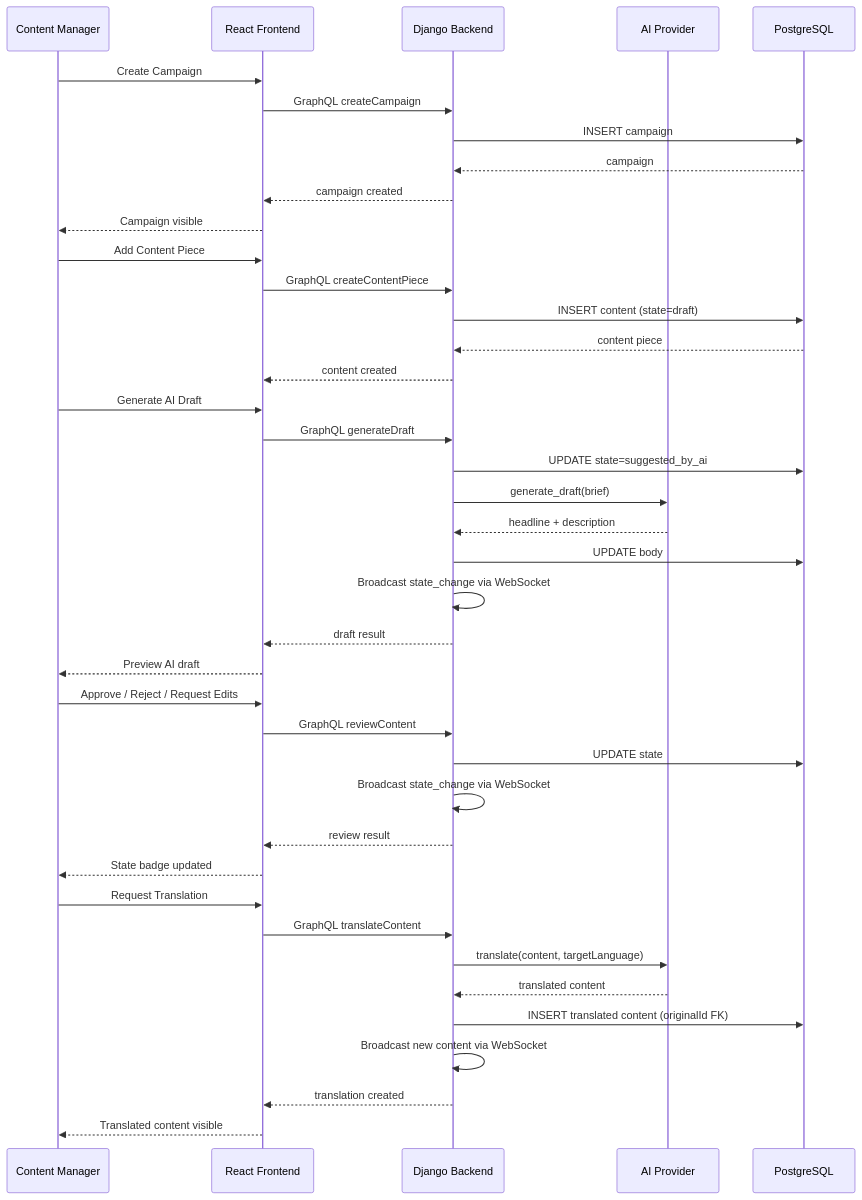
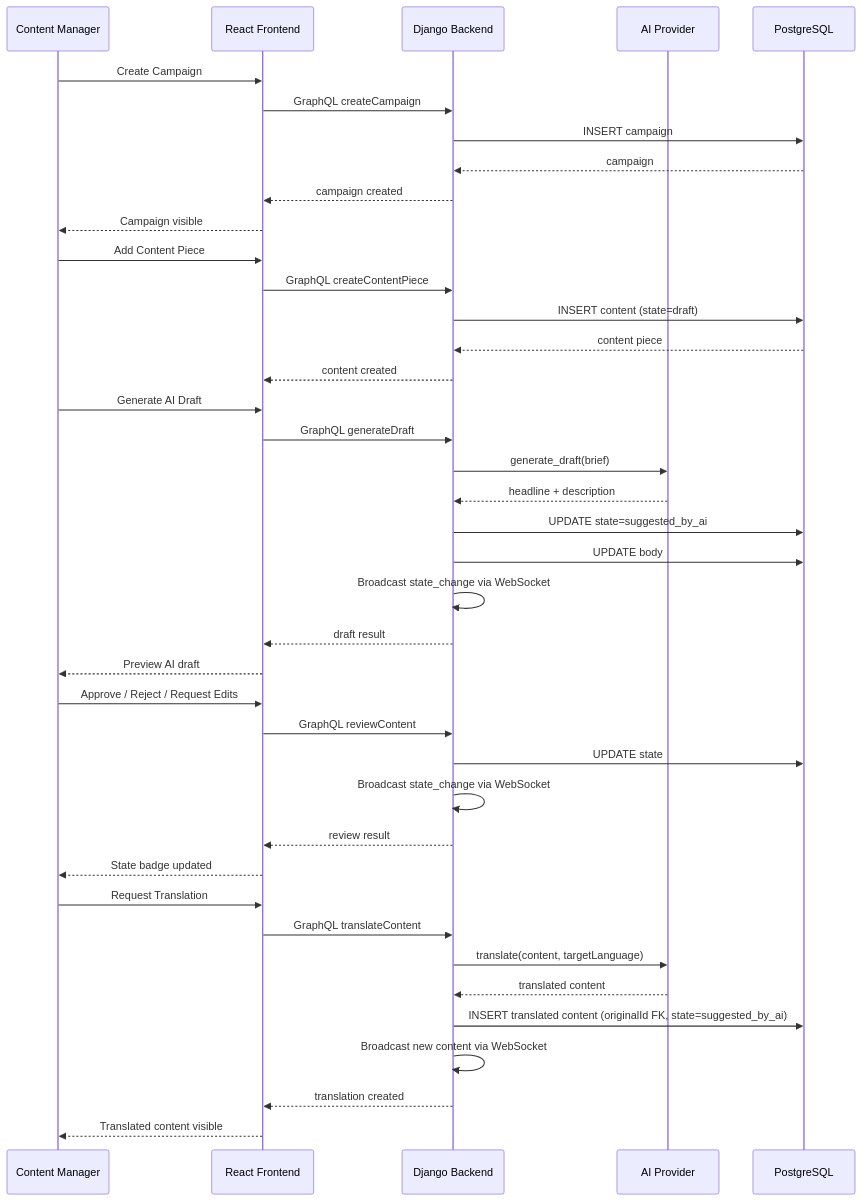
One commit to alecastro-nan/fullstack-engineer-ai-content-workflow-challenge changed the third of 3 diagrams in docs/architecture.md. Above: the diagram before and after it, drawn with Mermaid. The commit also changed other lines of this file and 3 other files, not shown here.

````diff
--- a/docs/architecture.md
+++ b/docs/architecture.md
@@ -63,47 +63,47 @@
 ```mermaid
 sequenceDiagram
   participant U as Content Manager
   participant FE as React Frontend
   participant BE as Django Backend
   participant AI as AI Provider
   participant DB as PostgreSQL
 
   U->>FE: Create Campaign
   FE->>BE: GraphQL createCampaign
   BE->>DB: INSERT campaign
   DB-->>BE: campaign
   BE-->>FE: campaign created
   FE-->>U: Campaign visible
 
   U->>FE: Add Content Piece
   FE->>BE: GraphQL createContentPiece
   BE->>DB: INSERT content (state=draft)
   DB-->>BE: content piece
   BE-->>FE: content created
 
   U->>FE: Generate AI Draft
   FE->>BE: GraphQL generateDraft
-  BE->>DB: UPDATE state=suggested_by_ai
   BE->>AI: generate_draft(brief)
   AI-->>BE: headline + description
+  BE->>DB: UPDATE state=suggested_by_ai
   BE->>DB: UPDATE body
   BE->>BE: Broadcast state_change via WebSocket
   BE-->>FE: draft result
   FE-->>U: Preview AI draft
 
   U->>FE: Approve / Reject / Request Edits
   FE->>BE: GraphQL reviewContent
   BE->>DB: UPDATE state
   BE->>BE: Broadcast state_change via WebSocket
   BE-->>FE: review result
   FE-->>U: State badge updated
 
   U->>FE: Request Translation
   FE->>BE: GraphQL translateContent
   BE->>AI: translate(content, targetLanguage)
   AI-->>BE: translated content
-  BE->>DB: INSERT translated content (originalId FK)
+  BE->>DB: INSERT translated content (originalId FK, state=suggested_by_ai)
   BE->>BE: Broadcast new content via WebSocket
   BE-->>FE: translation created
   FE-->>U: Translated content visible
 ```
````
